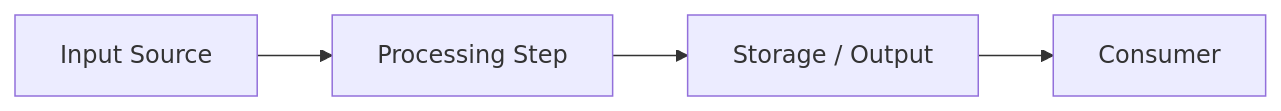
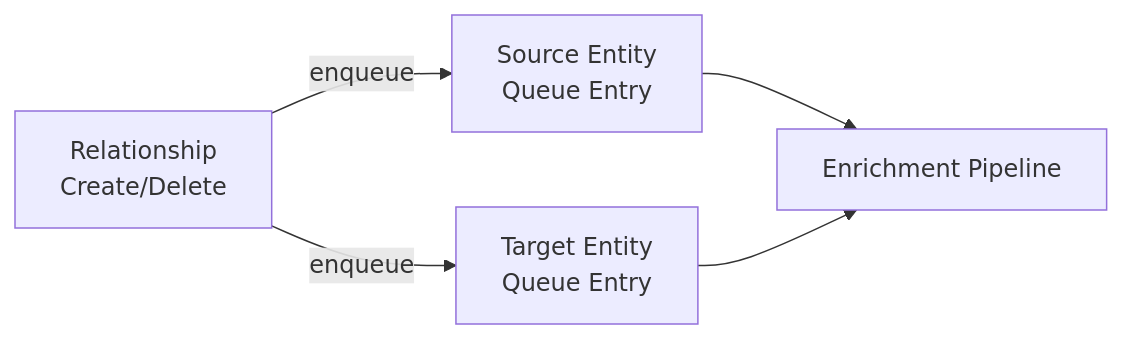
The third of 6 diagrams in docs/system-design/feature-design/_Sub-Domain Plans/Knowledge Layer.md (rmr-studio/riven), drawn with Mermaid before and after one commit. The commit also changed other lines of this file and 9 other files, not shown here.

````diff
--- a/docs/system-design/feature-design/_Sub-Domain Plans/Knowledge Layer.md
+++ b/docs/system-design/feature-design/_Sub-Domain Plans/Knowledge Layer.md
@@ -74,6 +162,7 @@
 ```mermaid
 flowchart LR
-    A[Input Source] --> B[Processing Step]
-    B --> C[Storage / Output]
-    C --> D[Consumer]
+    A[Relationship<br/>Create/Delete] -->|enqueue| B[Source Entity<br/>Queue Entry]
+    A -->|enqueue| C[Target Entity<br/>Queue Entry]
+    B --> D[Enrichment Pipeline]
+    C --> D
 ```
````
